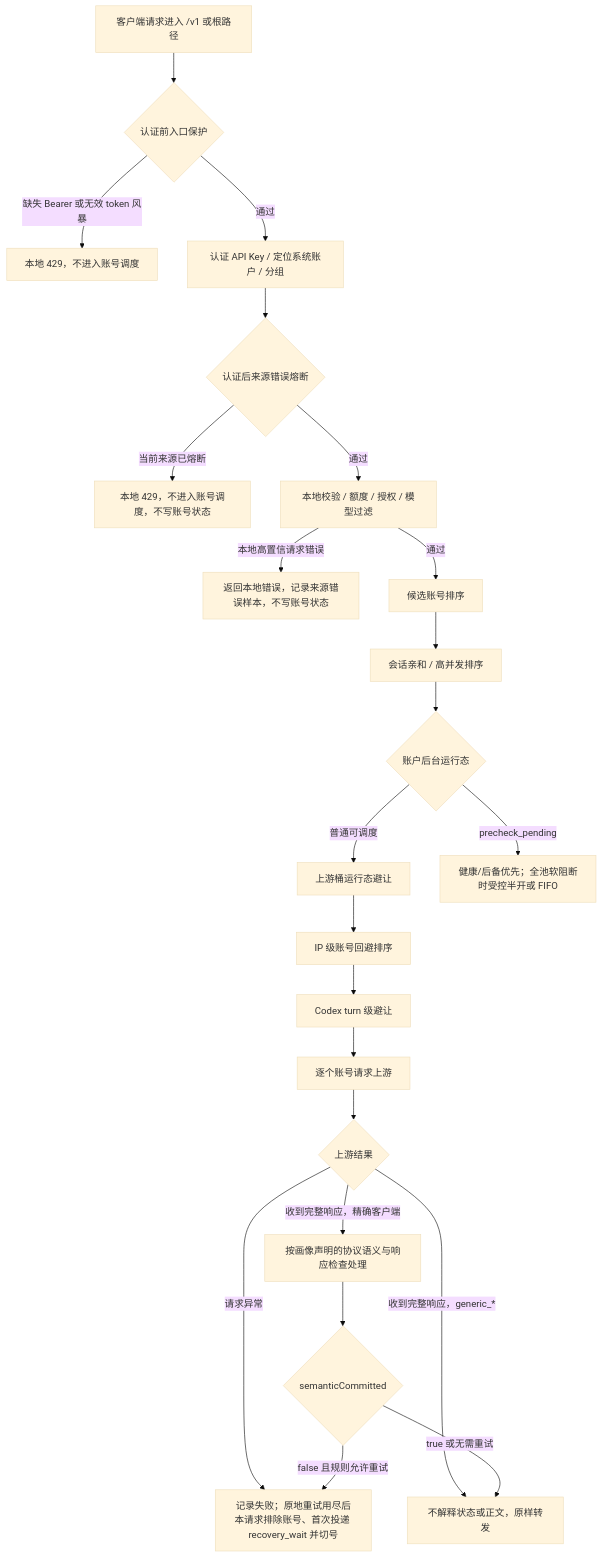
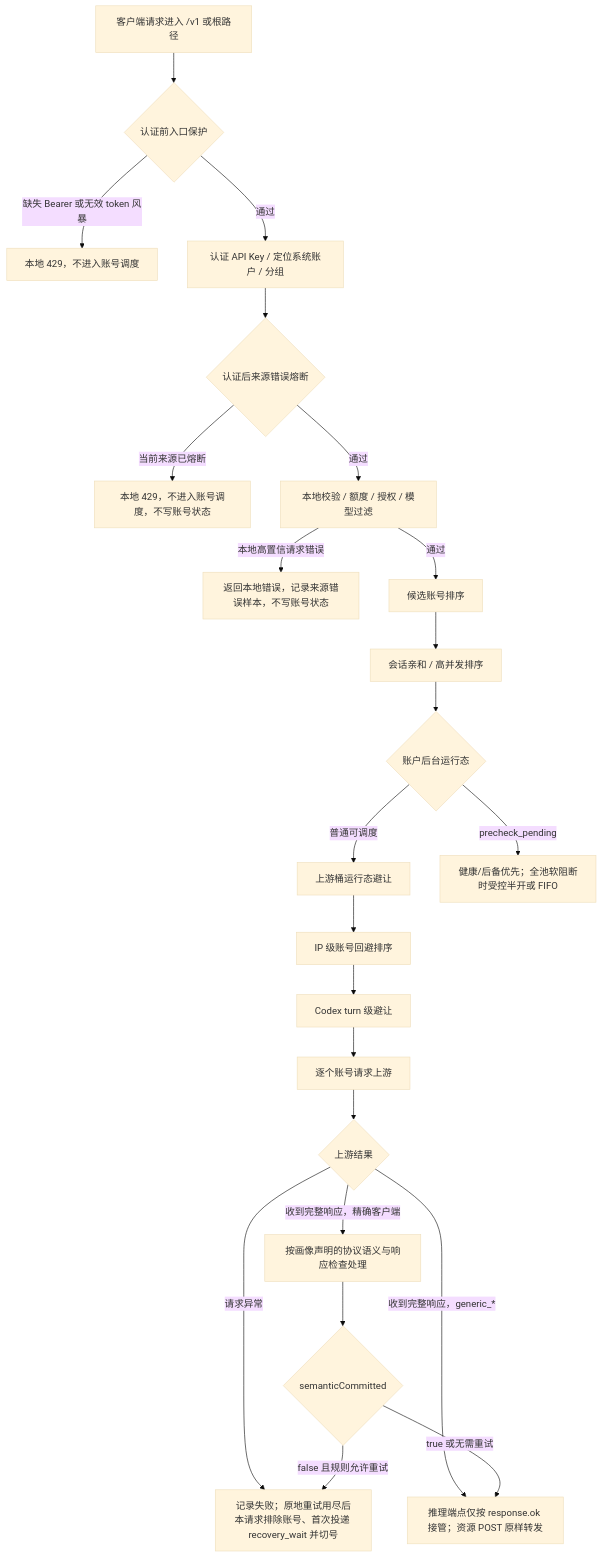
One commit to huanmin123/juhe-ai changed the diagram in docs/functions/网关错误处理完整链路.md. Above: the diagram before and after it, drawn with Mermaid (base theme). The commit also changed other lines of this file and 34 other files, not shown here.

````diff
--- a/docs/functions/网关错误处理完整链路.md
+++ b/docs/functions/网关错误处理完整链路.md
@@ -53,25 +53,25 @@
 ```mermaid
 flowchart TD
   A["客户端请求进入 /v1 或根路径"] --> B{"认证前入口保护"}
   B -- "缺失 Bearer 或无效 token 风暴" --> B1["本地 429，不进入账号调度"]
   B -- "通过" --> C["认证 API Key / 定位系统账户 / 分组"]
   C --> D{"认证后来源错误熔断"}
   D -- "当前来源已熔断" --> D1["本地 429，不进入账号调度，不写账号状态"]
   D -- "通过" --> E["本地校验 / 额度 / 授权 / 模型过滤"]
   E -- "本地高置信请求错误" --> E1["返回本地错误，记录来源错误样本，不写账号状态"]
   E -- "通过" --> F["候选账号排序"]
   F --> F1["会话亲和 / 高并发排序"]
   F1 --> F2{"账户后台运行态"}
   F2 -- "普通可调度" --> F3["上游桶运行态避让"]
   F2 -- "precheck_pending" --> F2A["健康/后备优先；全池软阻断时受控半开或 FIFO"]
   F3 --> F4["IP 级账号回避排序"]
   F4 --> F5["Codex turn 级避让"]
   F5 --> G["逐个账号请求上游"]
   G --> H{"上游结果"}
   H -- "请求异常" --> I["记录失败；原地重试用尽后本请求排除账号、首次投递 recovery_wait 并切号"]
-  H -- "收到完整响应，generic_*" --> J["不解释状态或正文，原样转发"]
+  H -- "收到完整响应，generic_*" --> J["推理端点仅按 response.ok 接管；资源 POST 原样转发"]
   H -- "收到完整响应，精确客户端" --> K["按画像声明的协议语义与响应检查处理"]
   K --> L{"semanticCommitted"}
   L -- "false 且规则允许重试" --> I
   L -- "true 或无需重试" --> J
 ```
````
